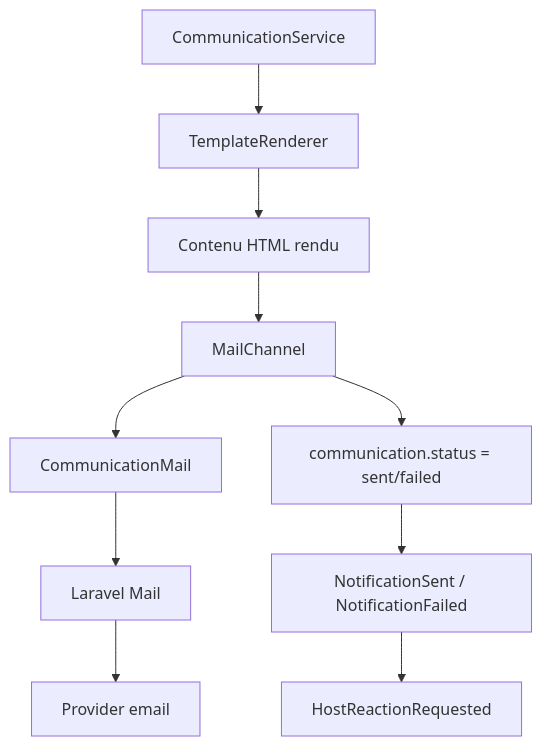
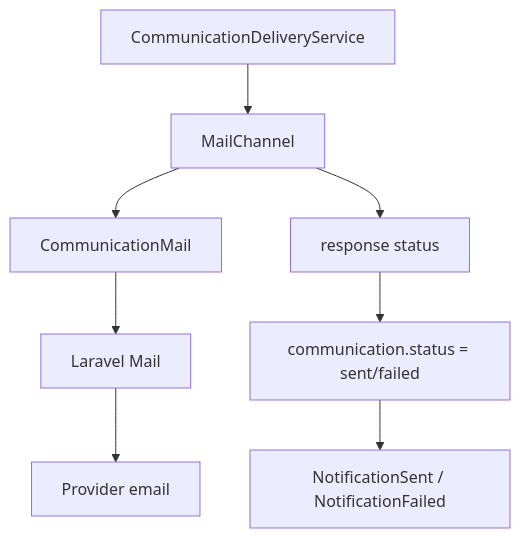
One commit to Alex-Saba/notificationmanager changed the fourth of 7 diagrams in docs/DIAGRAMS.md. Above: the diagram before and after it, drawn with Mermaid. The commit also changed other lines of this file and 5 other files, not shown here.

````diff
--- a/docs/DIAGRAMS.md
+++ b/docs/DIAGRAMS.md
@@ -77,12 +78,10 @@
 ```mermaid
 flowchart TD
-    A["CommunicationService"] --> B["TemplateRenderer"]
-    B --> C["Contenu HTML rendu"]
-    C --> D["MailChannel"]
-    D --> E["CommunicationMail"]
-    E --> F["Laravel Mail"]
-    F --> G["Provider email"]
-    D --> H["communication.status = sent/failed"]
-    H --> I["NotificationSent / NotificationFailed"]
-    I --> J["HostReactionRequested"]
+    A["CommunicationDeliveryService"] --> B["MailChannel"]
+    B --> C["CommunicationMail"]
+    C --> D["Laravel Mail"]
+    D --> E["Provider email"]
+    B --> F["response status"]
+    F --> G["communication.status = sent/failed"]
+    G --> H["NotificationSent / NotificationFailed"]
 ```
````
